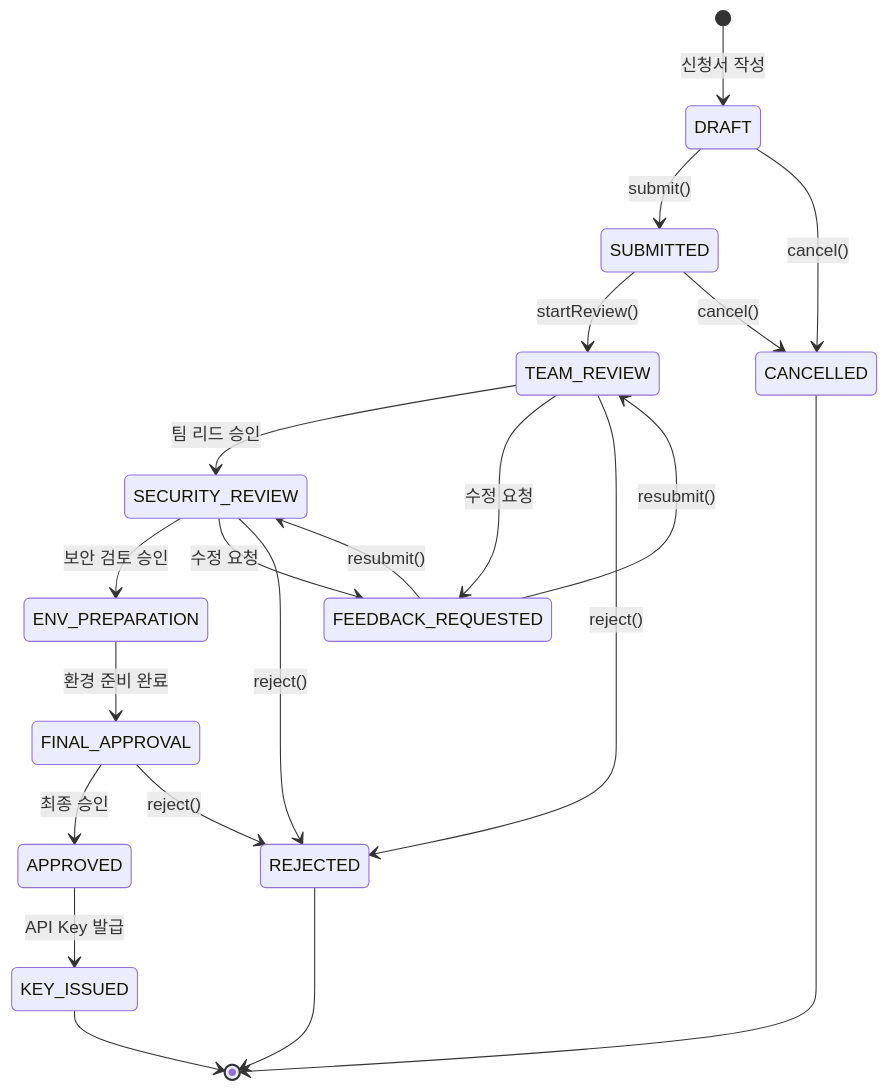
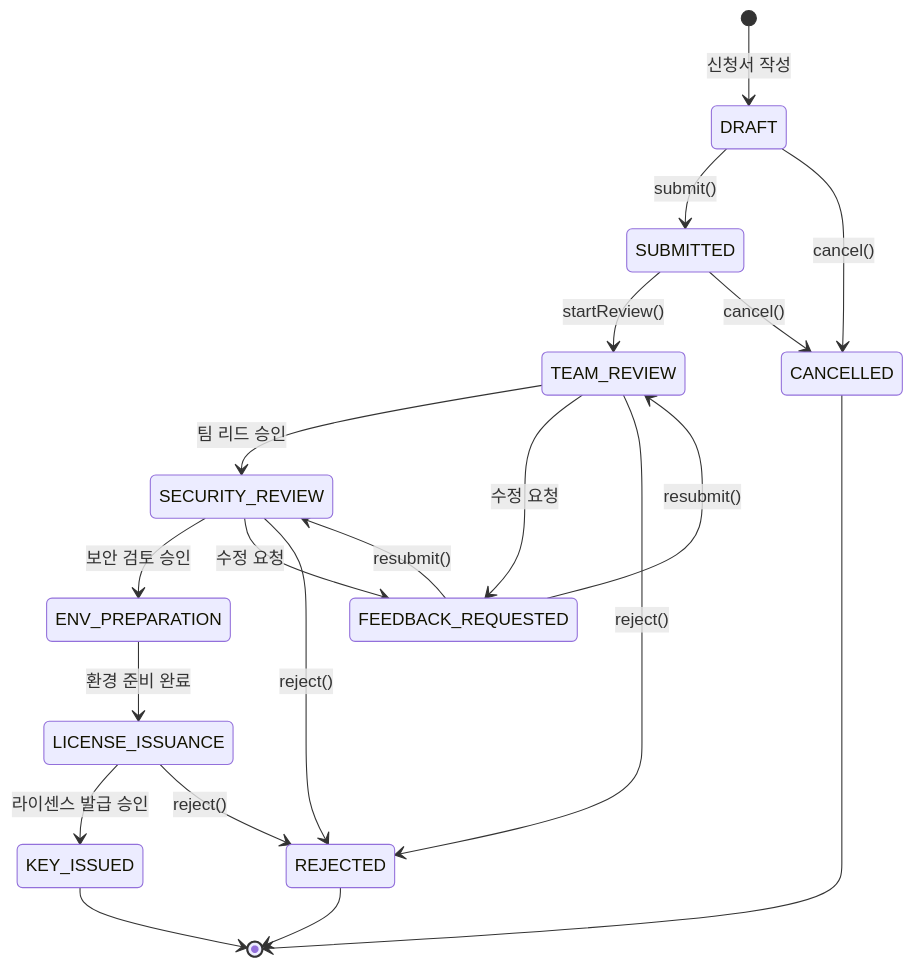
One commit to nuriguri1228/codehub-manage-aitool changed the seventh of 15 diagrams in docs/03_아키텍처_설계서.md. Above: the diagram before and after it, drawn with Mermaid. The commit also changed other lines of this file and 10 other files, not shown here.

First line of the commit message:
Implement LICENSE_ISSUANCE feature and update all docs to new review flow

````diff
--- a/docs/03_아키텍처_설계서.md
+++ b/docs/03_아키텍처_설계서.md
@@ -1185,28 +1185,27 @@
 ```mermaid
 stateDiagram-v2
     [*] --> DRAFT : 신청서 작성
     DRAFT --> SUBMITTED : submit()
     SUBMITTED --> TEAM_REVIEW : startReview()
     DRAFT --> CANCELLED : cancel()
     SUBMITTED --> CANCELLED : cancel()
 
     TEAM_REVIEW --> SECURITY_REVIEW : 팀 리드 승인
     TEAM_REVIEW --> FEEDBACK_REQUESTED : 수정 요청
     TEAM_REVIEW --> REJECTED : reject()
 
     SECURITY_REVIEW --> ENV_PREPARATION : 보안 검토 승인
     SECURITY_REVIEW --> FEEDBACK_REQUESTED : 수정 요청
     SECURITY_REVIEW --> REJECTED : reject()
 
-    ENV_PREPARATION --> FINAL_APPROVAL : 환경 준비 완료
-    FINAL_APPROVAL --> APPROVED : 최종 승인
-    FINAL_APPROVAL --> REJECTED : reject()
+    ENV_PREPARATION --> LICENSE_ISSUANCE : 환경 준비 완료
+    LICENSE_ISSUANCE --> KEY_ISSUED : 라이센스 발급 승인
+    LICENSE_ISSUANCE --> REJECTED : reject()
 
     FEEDBACK_REQUESTED --> TEAM_REVIEW : resubmit()
     FEEDBACK_REQUESTED --> SECURITY_REVIEW : resubmit()
 
-    APPROVED --> KEY_ISSUED : API Key 발급
     KEY_ISSUED --> [*]
     REJECTED --> [*]
     CANCELLED --> [*]
 ```
````
